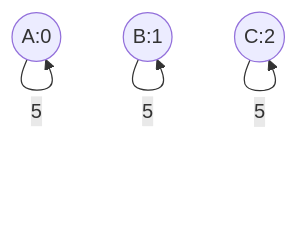
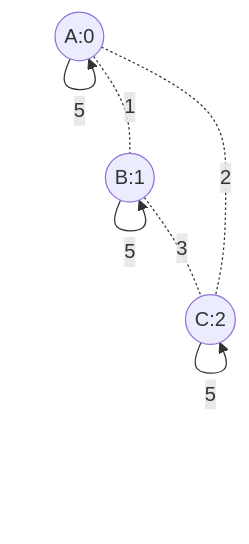
The diagram in Resources/TestMaps/three_rooms_one_loop.md (randomfunkstyle/randomfun2025swift), drawn with Mermaid before and after one commit. The commit also changed 8 other files, not shown here.

````diff
--- a/Resources/TestMaps/three_rooms_one_loop.md
+++ b/Resources/TestMaps/three_rooms_one_loop.md
@@ -3,19 +3,23 @@
 ```mermaid
 graph TD
     A((A:0))
     B((B:1))
     C((C:2))
+
+    A -.1.- B
+    A -.2.- C
+    B -.3.- C
 
     A --0--> A
     A --3--> A
     A --4--> A
     A --5--> A
     B --0--> B
     B --2--> B
     B --4--> B
     B --5--> B
     C --0--> C
     C --1--> C
     C --4--> C
     C --5--> C
 ```
````
